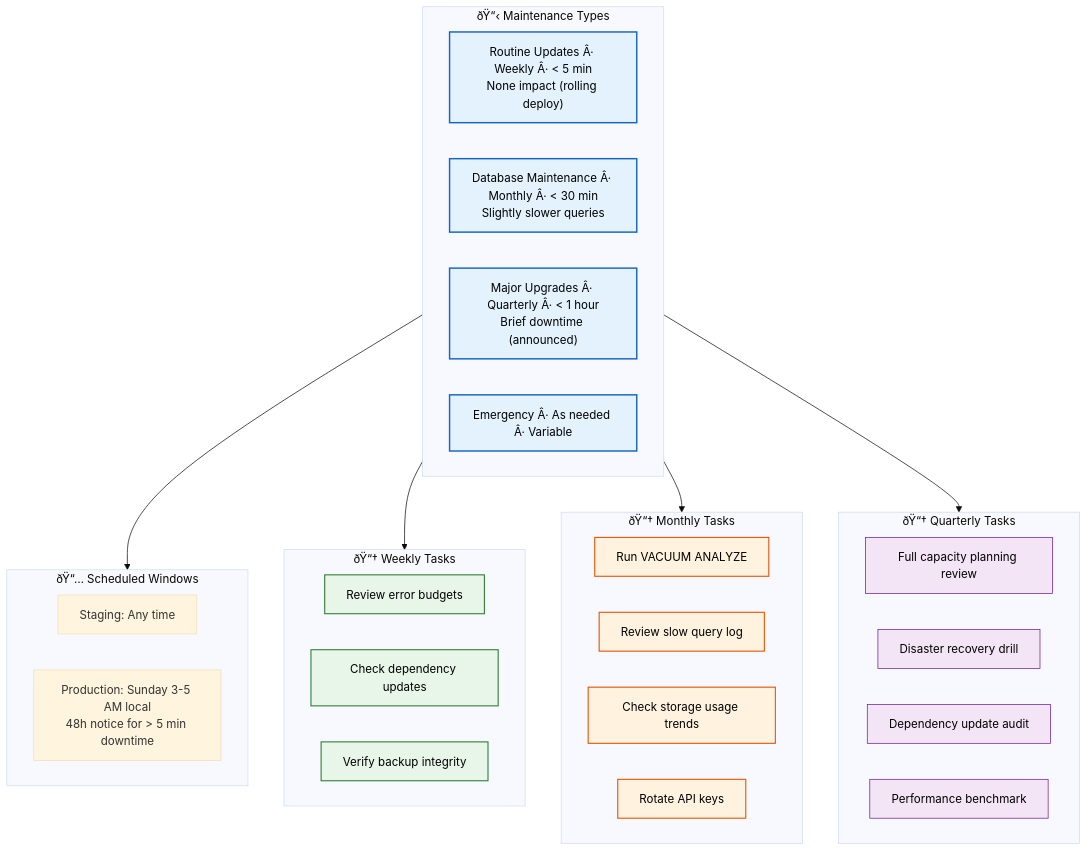
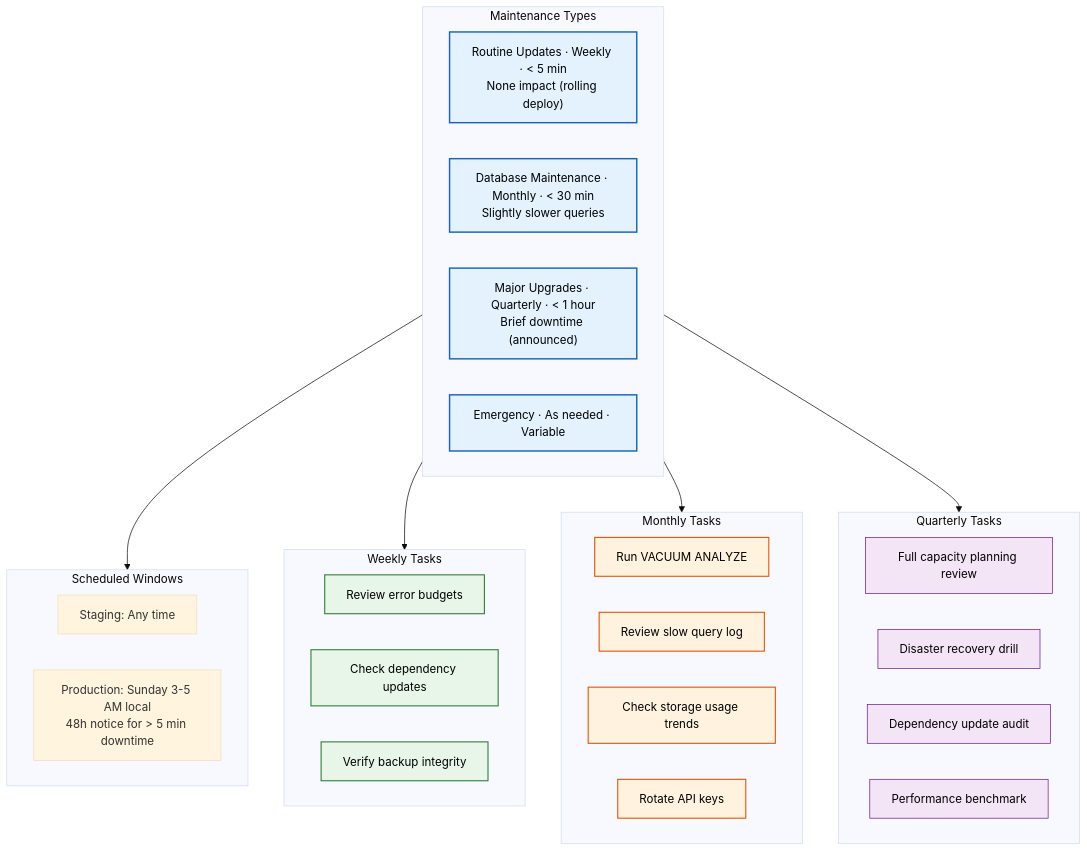
The diagram in docs/operations/Maintenance.md (Driftloom/Vaeloom), drawn with Mermaid (base theme) before and after one commit. The commit also changed other lines of this file and 694 other files, not shown here.

First line of the commit message:
docs: mermaid standardization — encoding/mermaid/duplicate cleanup

````diff
--- a/docs/operations/Maintenance.md
+++ b/docs/operations/Maintenance.md
@@ -8,48 +8,48 @@
 ```mermaid
 graph TD
-    classDef type fill:#e3f2fd,stroke:#1565c0,color:#000,stroke-width:2px
-    classDef weekly fill:#e8f5e9,stroke:#2e7d32,color:#000,stroke-width:1.5px
-    classDef monthly fill:#fff3e0,stroke:#e65100,color:#000,stroke-width:1.5px
-    classDef quarterly fill:#f3e5f5,stroke:#6a1b9a,color:#000,stroke-width:1px
+ classDef type fill:#e3f2fd,stroke:#1565c0,color:#000,stroke-width:2px
+ classDef weekly fill:#e8f5e9,stroke:#2e7d32,color:#000,stroke-width:1.5px
+ classDef monthly fill:#fff3e0,stroke:#e65100,color:#000,stroke-width:1.5px
+ classDef quarterly fill:#f3e5f5,stroke:#6a1b9a,color:#000,stroke-width:1px
 
-    subgraph Types["ðŸ“‹ Maintenance Types"]
-        T1["Routine Updates Â· Weekly Â· < 5 min<br/>None impact (rolling deploy)"]
-        T2["Database Maintenance Â· Monthly Â· < 30 min<br/>Slightly slower queries"]
-        T3["Major Upgrades Â· Quarterly Â· < 1 hour<br/>Brief downtime (announced)"]
-        T4["Emergency Â· As needed Â· Variable"]
-    end
+ subgraph Types["Maintenance Types"]
+ T1["Routine Updates · Weekly · < 5 min<br/>None impact (rolling deploy)"]
+ T2["Database Maintenance · Monthly · < 30 min<br/>Slightly slower queries"]
+ T3["Major Upgrades · Quarterly · < 1 hour<br/>Brief downtime (announced)"]
+ T4["Emergency · As needed · Variable"]
+ end
 
-    subgraph Windows["ðŸ“… Scheduled Windows"]
-        W1["Staging: Any time"]
-        W2["Production: Sunday 3-5 AM local<br/>48h notice for > 5 min downtime"]
-    end
+ subgraph Windows["Scheduled Windows"]
+ W1["Staging: Any time"]
+ W2["Production: Sunday 3-5 AM local<br/>48h notice for > 5 min downtime"]
+ end
 
-    subgraph Weekly["ðŸ“† Weekly Tasks"]
-        WK1["Review error budgets"]
-        WK2["Check dependency updates"]
-        WK3["Verify backup integrity"]
-    end
+ subgraph Weekly["Weekly Tasks"]
+ WK1["Review error budgets"]
+ WK2["Check dependency updates"]
+ WK3["Verify backup integrity"]
+ end
 
-    subgraph Monthly["ðŸ“† Monthly Tasks"]
-        MO1["Run VACUUM ANALYZE"]
-        MO2["Review slow query log"]
-        MO3["Check storage usage trends"]
-        MO4["Rotate API keys"]
-    end
+ subgraph Monthly["Monthly Tasks"]
+ MO1["Run VACUUM ANALYZE"]
+ MO2["Review slow query log"]
+ MO3["Check storage usage trends"]
+ MO4["Rotate API keys"]
+ end
 
-    subgraph Quarterly["ðŸ“† Quarterly Tasks"]
-        Q1["Full capacity planning review"]
-        Q2["Disaster recovery drill"]
-        Q3["Dependency update audit"]
-        Q4["Performance benchmark"]
-    end
+ subgraph Quarterly["Quarterly Tasks"]
+ Q1["Full capacity planning review"]
+ Q2["Disaster recovery drill"]
+ Q3["Dependency update audit"]
+ Q4["Performance benchmark"]
+ end
 
-    Types --> Windows
-    Types --> Weekly & Monthly & Quarterly
+ Types--> Windows
+ Types--> Weekly & Monthly & Quarterly
 
-    class T1,T2,T3,T4 type
-    class W1,W2 windows
-    class WK1,WK2,WK3 weekly
-    class MO1,MO2,MO3,MO4 monthly
-    class Q1,Q2,Q3,Q4 quarterly
+ class T1,T2,T3,T4 type
+ class W1,W2 windows
+ class WK1,WK2,WK3 weekly
+ class MO1,MO2,MO3,MO4 monthly
+ class Q1,Q2,Q3,Q4 quarterly
 ```
````
